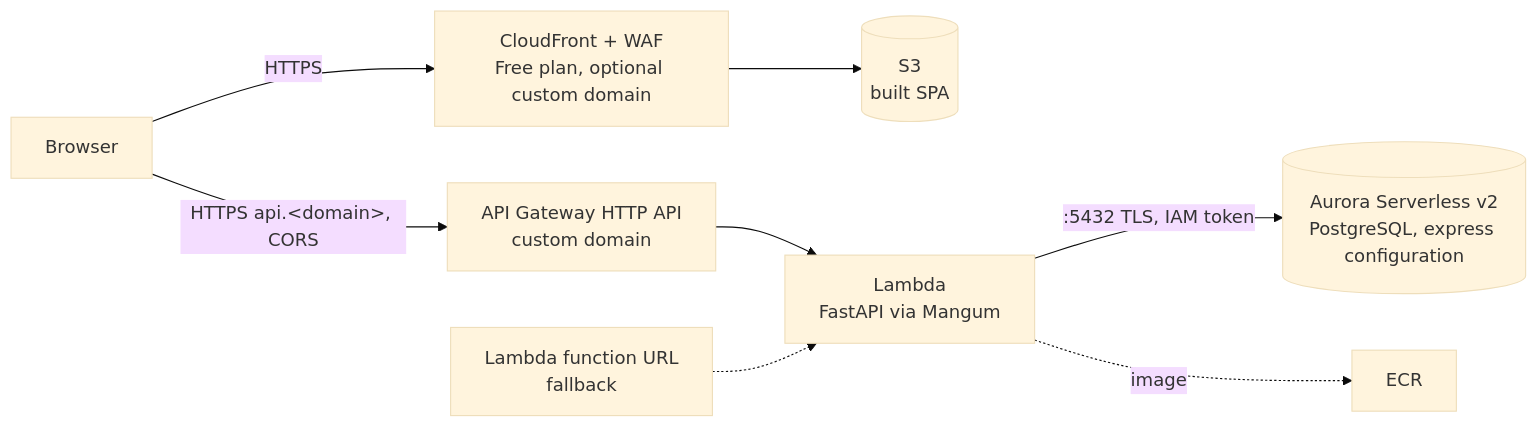
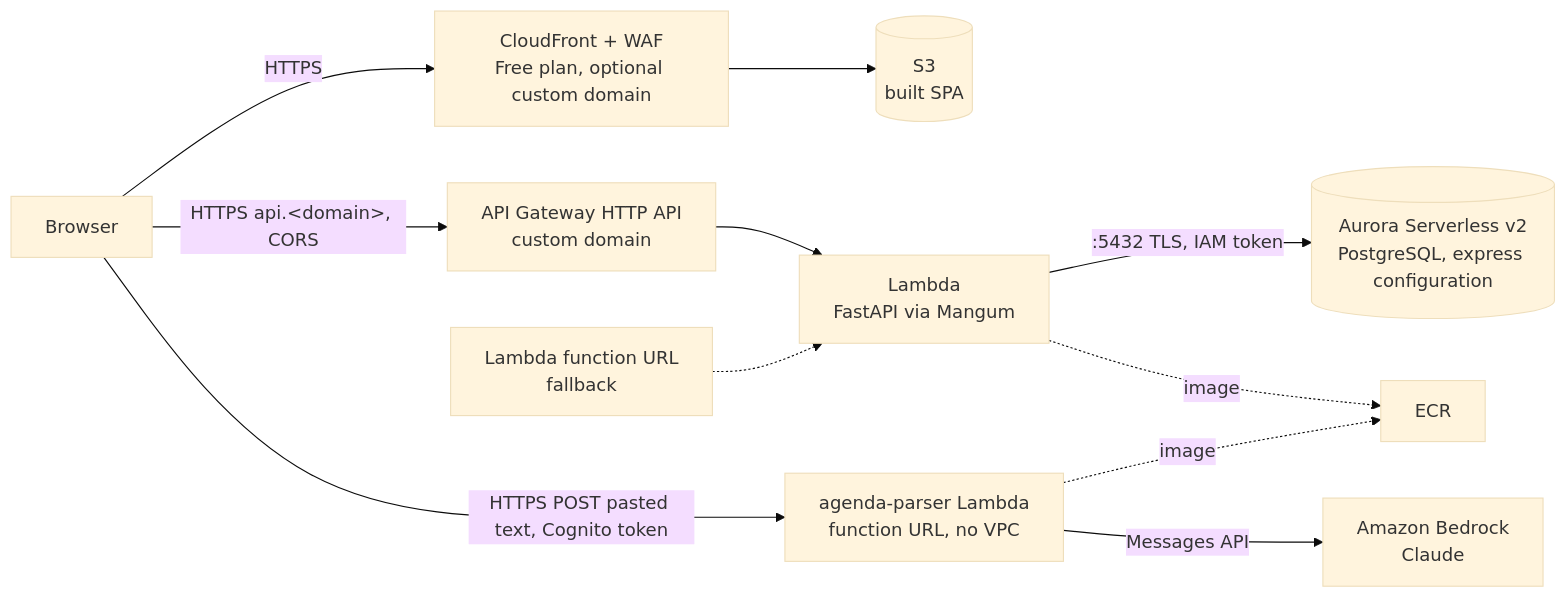
Before and after one commit to MasterDay3/OneTwoThree: the diagram in README.md, drawn with Mermaid (base theme). The commit also changed other lines of this file and 36 other files, not shown here.

Commit message:
feat(core): paste an agenda: parse pasted text with Claude on Bedrock in a separate Lambda, check it in a pre-filled form and save it with the AI suggestion

````diff
--- a/README.md
+++ b/README.md
@@ -131,10 +143,13 @@
 ```mermaid
 flowchart LR
     B[Browser] -->|HTTPS| CF[CloudFront + WAF<br/>Free plan, optional custom domain]
     CF --> S3[(S3<br/>built SPA)]
     B -->|HTTPS api.&lt;domain&gt;, CORS| APIGW[API Gateway HTTP API<br/>custom domain]
     APIGW --> L[Lambda<br/>FastAPI via Mangum]
     URL[Lambda function URL<br/>fallback] -.-> L
     L -->|:5432 TLS, IAM token| DB[(Aurora Serverless v2<br/>PostgreSQL, express configuration)]
     L -. image .-> ECR[ECR]
+    B -->|HTTPS POST pasted text, Cognito token| P[agenda-parser Lambda<br/>function URL, no VPC]
+    P -->|Messages API| BR[Amazon Bedrock<br/>Claude]
+    P -. image .-> ECR
 ```
````
